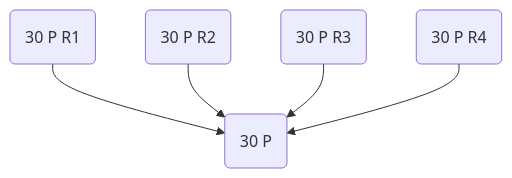
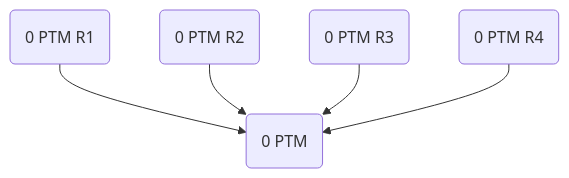
Before and after one commit to MolBIFFM/diana: the third of 3 diagrams in README.md, drawn with Mermaid. The commit also changed other lines of this file, not shown here.

````diff
--- a/README.md
+++ b/README.md
@@ -143,7 +143,7 @@
 ```mermaid
 flowchart
-  p30r1(30 P R1) --> p30(30 P)
-  p30r2(30 P R2) --> p30
-  p30r3(30 P R3) --> p30
-  p30r4(30 P R4) --> p30
+  p30r1(0 PTM R1) --> p30(0 PTM)
+  p30r2(0 PTM R2) --> p30
+  p30r3(0 PTM R3) --> p30
+  p30r4(0 PTM R4) --> p30
 ```
````
